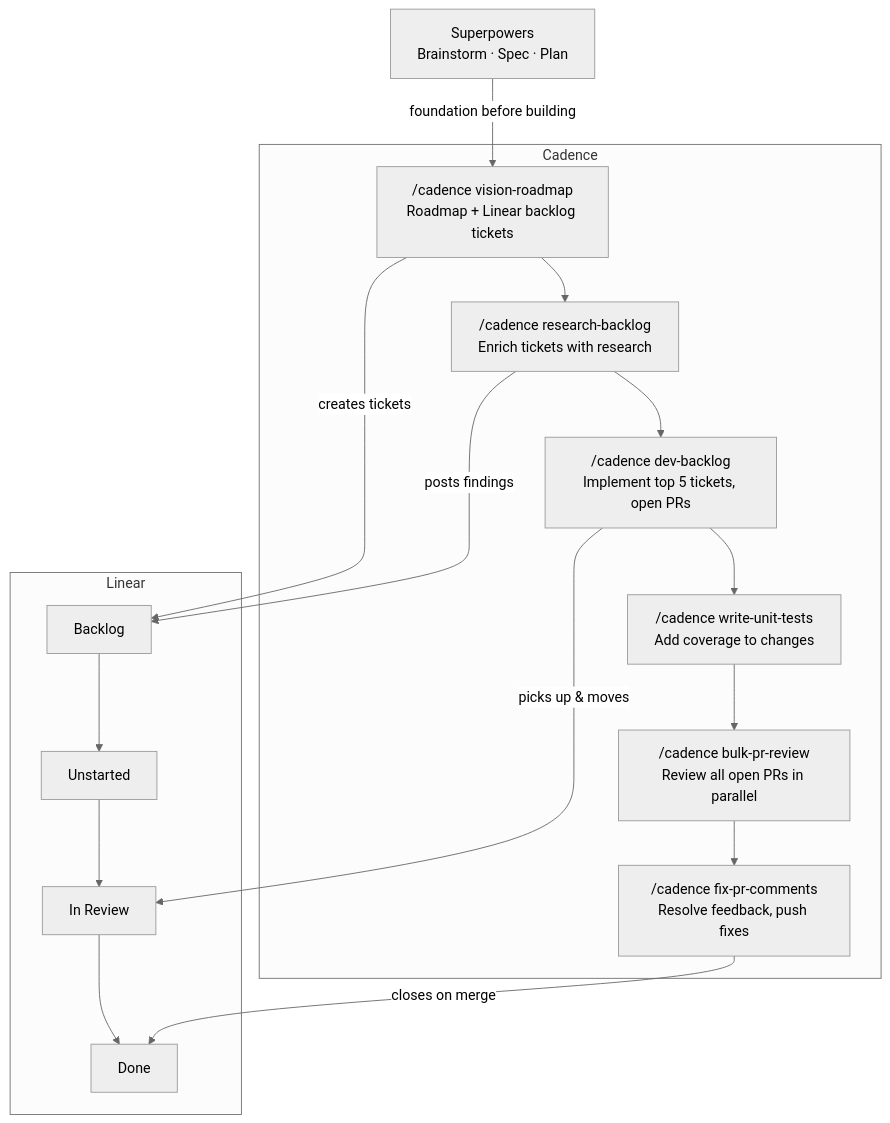
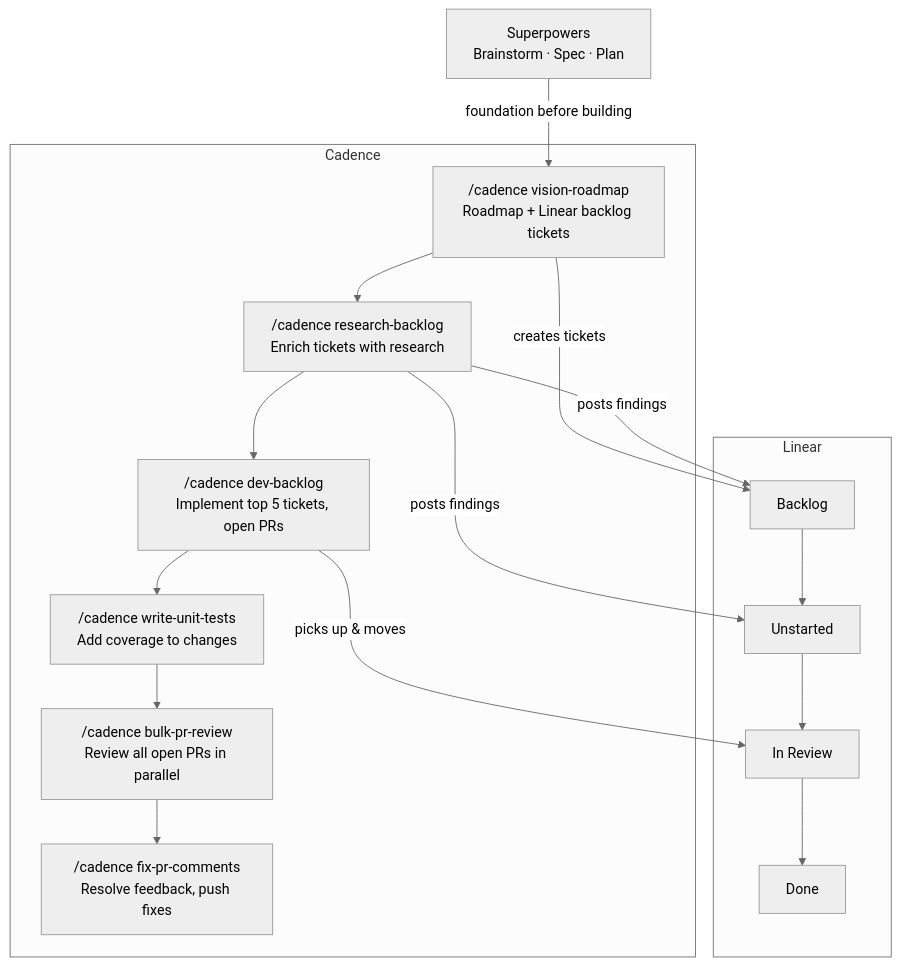
One commit to drewdoebereiner/cadence changed the diagram in README.md. Above: the diagram before and after it, drawn with Mermaid (neutral theme).

Commit message:
docs: fix inaccurate Mermaid chart connections
- Remove FPC -> Done arrow: fix-pr-comments has no Linear interaction
- Add RB -> Unstarted arrow: research-backlog enriches both backlog and unstarted tickets

````diff
--- a/README.md
+++ b/README.md
@@ -28,31 +28,31 @@
 ```mermaid
 flowchart TD
     SP["Superpowers\nBrainstorm · Spec · Plan"]
 
     SP -->|foundation before building| VR
 
     subgraph CADENCE["Cadence"]
         VR["/cadence vision-roadmap\nRoadmap + Linear backlog tickets"]
         RB["/cadence research-backlog\nEnrich tickets with research"]
         DB["/cadence dev-backlog\nImplement top 5 tickets, open PRs"]
         WUT["/cadence write-unit-tests\nAdd coverage to changes"]
         BPR["/cadence bulk-pr-review\nReview all open PRs in parallel"]
         FPC["/cadence fix-pr-comments\nResolve feedback, push fixes"]
 
         VR --> RB --> DB --> WUT --> BPR --> FPC
     end
 
     subgraph LINEAR["Linear"]
         LB["Backlog"]
         LU["Unstarted"]
         LIR["In Review"]
         LD["Done"]
 
         LB --> LU --> LIR --> LD
     end
 
     VR -->|creates tickets| LB
     RB -->|posts findings| LB
+    RB -->|posts findings| LU
     DB -->|picks up & moves| LIR
-    FPC -->|closes on merge| LD
 ```
````
